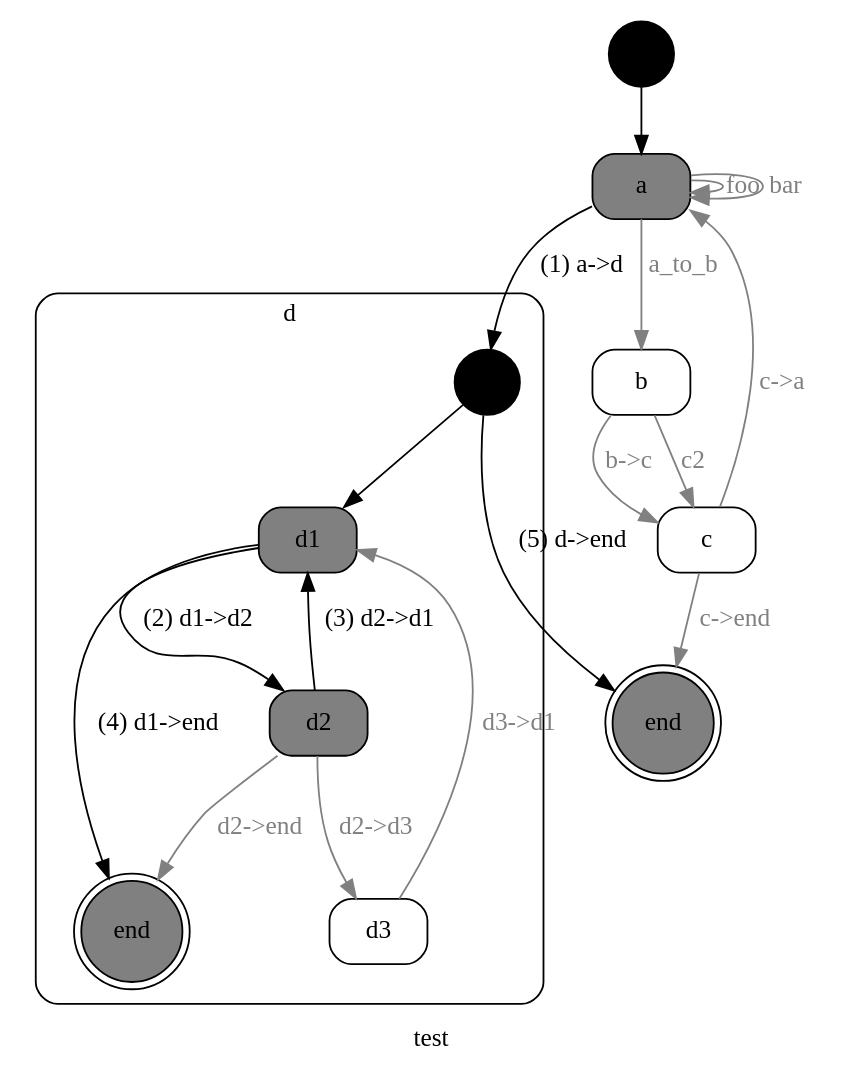
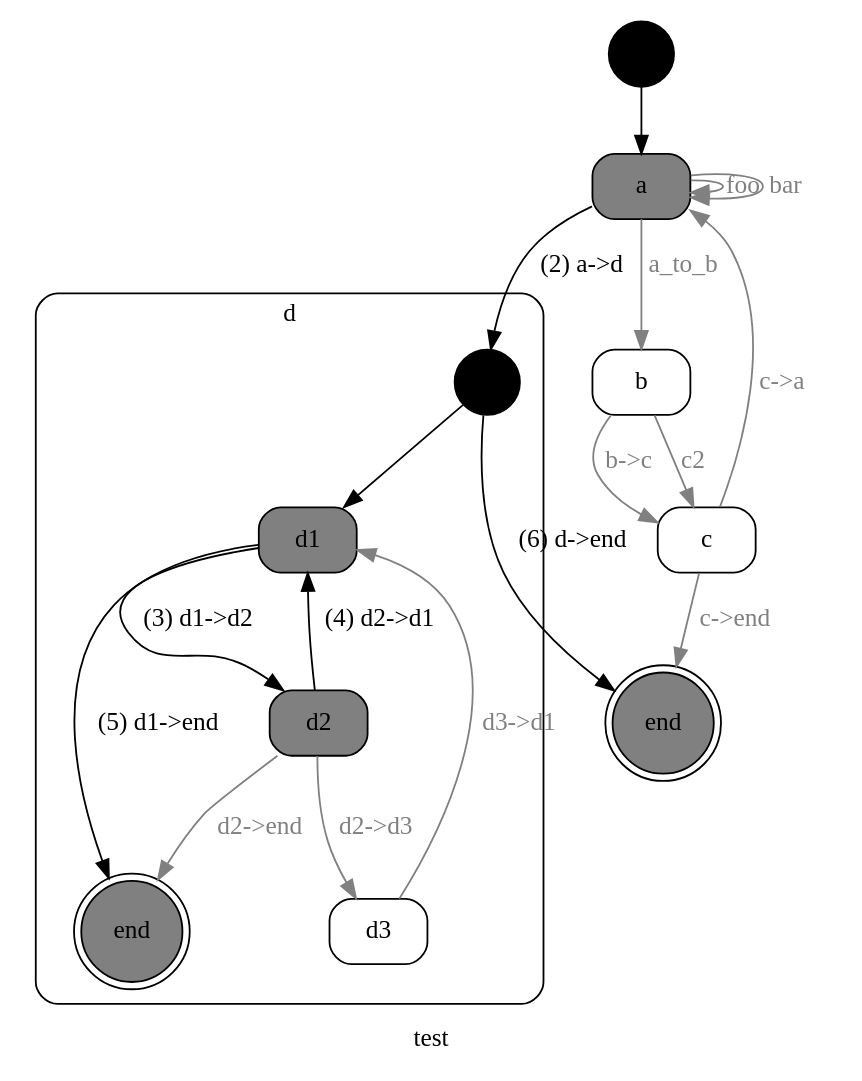
One commit to kstephens/red_steak changed the diagram in example/red_steak-with-substates-history.dot. Above: the diagram before and after it, drawn with Graphviz. The commit also changed 9 other files, not shown here.

```diff
--- a/example/red_steak-with-substates-history.dot
+++ b/example/red_steak-with-substates-history.dot
@@ -1,91 +1,91 @@
 
 // {#<RedSteak::Statemachine [:test]>
 digraph x1 {
   label="test"; 
   node [ shape="circle", label="", style=filled, fillcolor=black ] x1_START; 
 
 // #<RedSteak::State [:a]>
   node [ shape="box", label="a", style="filled,rounded", color=black, fillcolor=grey, fontcolor=black ] x2;
 
 // #<RedSteak::State [:b]>
   node [ shape="box", label="b", style="filled,rounded", color=black, fillcolor=white, fontcolor=black ] x3;
 
 // #<RedSteak::State [:c]>
   node [ shape="box", label="c", style="filled,rounded", color=black, fillcolor=white, fontcolor=black ] x4;
 
 // #<RedSteak::State [:end]>
   node [ shape="doublecircle", label="end", style="filled,rounded", color=black, fillcolor=grey, fontcolor=black ] x5;
 
 // #<RedSteak::State [:d]>
 
 // {#<RedSteak::Statemachine [:test, :d, :d]>
 subgraph cluster_x6 {
   label="d"; 
   shape="box"; 
   style="filled,rounded"; 
   fillcolor="white"; 
   fontcolor="black"; 
   node [ shape="circle", label="", style=filled, fillcolor=black ] x6_START; 
 
 // #<RedSteak::State [:d, :d1]>
   node [ shape="box", label="d1", style="filled,rounded", color=black, fillcolor=grey, fontcolor=black ] x7;
 
 // #<RedSteak::State [:d, :d2]>
   node [ shape="box", label="d2", style="filled,rounded", color=black, fillcolor=grey, fontcolor=black ] x8;
 
 // #<RedSteak::State [:d, :end]>
   node [ shape="doublecircle", label="end", style="filled,rounded", color=black, fillcolor=grey, fontcolor=black ] x9;
 
 // #<RedSteak::State [:d, :d3]>
   node [ shape="box", label="d3", style="filled,rounded", color=black, fillcolor=white, fontcolor=black ] x10;
 }
 // } #<RedSteak::Statemachine [:test, :d, :d]>
 
 // #<RedSteak::Transition :foo :a -> :a>
 x2 -> x2 [ label="foo", color=gray, fontcolor=gray ];
 
 // #<RedSteak::Transition :bar :a -> :a>
 x2 -> x2 [ label="bar", color=gray, fontcolor=gray ];
 
 // #<RedSteak::Transition :a_to_b :a -> :b>
 x2 -> x3 [ label="a_to_b", color=gray, fontcolor=gray ];
 
 // #<RedSteak::Transition :"b->c" :b -> :c>
 x3 -> x4 [ label="b->c", color=gray, fontcolor=gray ];
 
 // #<RedSteak::Transition :c2 :b -> :c>
 x3 -> x4 [ label="c2", color=gray, fontcolor=gray ];
 
 // #<RedSteak::Transition :"c->a" :c -> :a>
 x4 -> x2 [ label="c->a", color=gray, fontcolor=gray ];
 
 // #<RedSteak::Transition :"c->end" :c -> :end>
 x4 -> x5 [ label="c->end", color=gray, fontcolor=gray ];
 
 // #<RedSteak::Transition :"a->d" :a -> :d>
-x2 -> x6_START [ label="(1) a->d", color=black, fontcolor=black ];
+x2 -> x6_START [ label="(2) a->d", color=black, fontcolor=black ];
 
 // #<RedSteak::Transition :"d->end" :d -> :end>
-x6_START -> x5 [ label="(5) d->end", color=black, fontcolor=black ];
+x6_START -> x5 [ label="(6) d->end", color=black, fontcolor=black ];
 x1_START -> x2;
 
 // #<RedSteak::Transition :"d1->d2" :d1 -> :d2>
-x7 -> x8 [ label="(2) d1->d2", color=black, fontcolor=black ];
+x7 -> x8 [ label="(3) d1->d2", color=black, fontcolor=black ];
 
 // #<RedSteak::Transition :"d1->end" :d1 -> :end>
-x7 -> x9 [ label="(4) d1->end", color=black, fontcolor=black ];
+x7 -> x9 [ label="(5) d1->end", color=black, fontcolor=black ];
 
 // #<RedSteak::Transition :"d2->d1" :d2 -> :d1>
-x8 -> x7 [ label="(3) d2->d1", color=black, fontcolor=black ];
+x8 -> x7 [ label="(4) d2->d1", color=black, fontcolor=black ];
 
 // #<RedSteak::Transition :"d2->end" :d2 -> :end>
 x8 -> x9 [ label="d2->end", color=gray, fontcolor=gray ];
 
 // #<RedSteak::Transition :"d3->d1" :d3 -> :d1>
 x10 -> x7 [ label="d3->d1", color=gray, fontcolor=gray ];
 
 // #<RedSteak::Transition :"d2->d3" :d2 -> :d3>
 x8 -> x10 [ label="d2->d3", color=gray, fontcolor=gray ];
 x6_START -> x7;
 }
 // } #<RedSteak::Statemachine [:test]>
```
